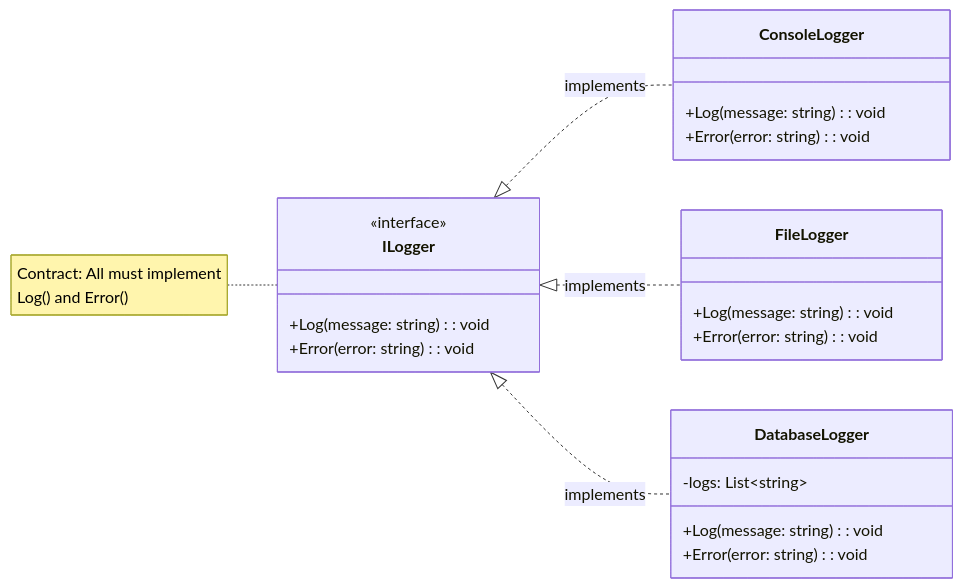
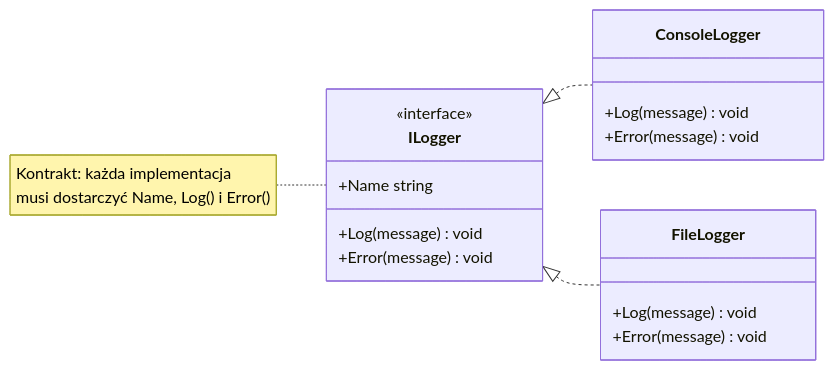
Before and after one commit to tborzyszkowski/csharp-programming: the first of 6 diagrams in src/07-interfejsy_abstrakcje/_04_interfaces_intro/diagrams/dependency_injection.md, drawn with Mermaid. The commit also changed other lines of this file and 12 other files, not shown here.

````diff
--- a/src/07-interfejsy_abstrakcje/_04_interfaces_intro/diagrams/dependency_injection.md
+++ b/src/07-interfejsy_abstrakcje/_04_interfaces_intro/diagrams/dependency_injection.md
@@ -1,35 +1,29 @@
 ```mermaid
 classDiagram
     direction LR
     
     %% Interface Contract
     class ILogger {
         <<interface>>
-        +Log(message: string): void
-        +Error(error: string): void
+        +Name string
+        +Log(message) void
+        +Error(message) void
     }
     
     %% Multiple Implementations
     class ConsoleLogger {
-        +Log(message: string): void
-        +Error(error: string): void
+        +Log(message) void
+        +Error(message) void
     }
     
     class FileLogger {
-        +Log(message: string): void
-        +Error(error: string): void
-    }
-    
-    class DatabaseLogger {
-        -logs: List~string~
-        +Log(message: string): void
-        +Error(error: string): void
+        +Log(message) void
+        +Error(message) void
     }
     
     %% Implementation Relationships
-    ILogger <|.. ConsoleLogger: implements
-    ILogger <|.. FileLogger: implements
-    ILogger <|.. DatabaseLogger: implements
+    ILogger <|.. ConsoleLogger
+    ILogger <|.. FileLogger
     
-    note for ILogger "Contract: All must implement<br/>Log() and Error()"
+    note for ILogger "Kontrakt: każda implementacja<br/>musi dostarczyć Name, Log() i Error()"
 ```
````
